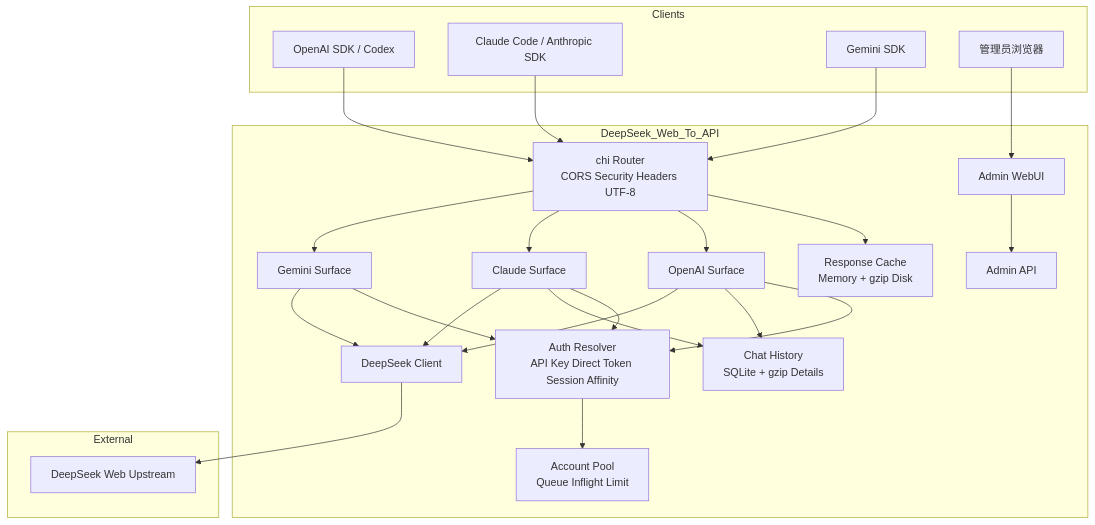
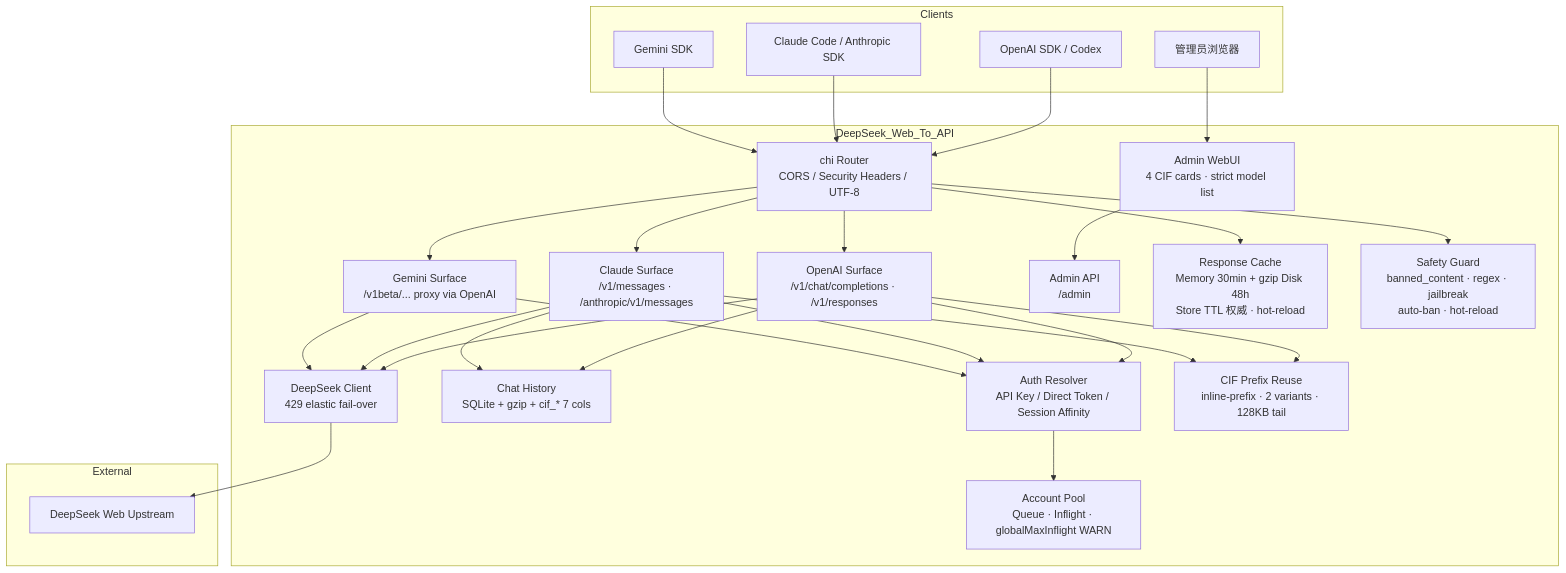
The second of 2 diagrams in docs/README.md (marklove5102/DeepSeek_Web_To_API), drawn with Mermaid before and after one commit. The commit also changed other lines of this file and 2 other files, not shown here.

First line of the commit message:
security: redact prod domain from README + docs

````diff
--- a/docs/README.md
+++ b/docs/README.md
@@ -99,44 +130,49 @@
 ```mermaid
 graph TB
 subgraph "Clients"
 OPENAI["OpenAI SDK / Codex"]
 CLAUDE["Claude Code / Anthropic SDK"]
 GEMINI["Gemini SDK"]
 ADMINUSER["管理员浏览器"]
 end
 subgraph "DeepSeek_Web_To_API"
-ROUTER["chi Router<br/>CORS Security Headers UTF-8"]
-OPENAIAPI["OpenAI Surface"]
-CLAUDEAPI["Claude Surface"]
-GEMINIAPI["Gemini Surface"]
-ADMINAPI["Admin API"]
-AUTH["Auth Resolver<br/>API Key Direct Token Session Affinity"]
-POOL["Account Pool<br/>Queue Inflight Limit"]
-CACHE["Response Cache<br/>Memory + gzip Disk"]
-HISTORY["Chat History<br/>SQLite + gzip Details"]
-DS["DeepSeek Client"]
-WEB["Admin WebUI"]
+ROUTER["chi Router<br/>CORS / Security Headers / UTF-8"]
+OPENAIAPI["OpenAI Surface<br/>/v1/chat/completions · /v1/responses"]
+CLAUDEAPI["Claude Surface<br/>/v1/messages · /anthropic/v1/messages"]
+GEMINIAPI["Gemini Surface<br/>/v1beta/... proxy via OpenAI"]
+ADMINAPI["Admin API<br/>/admin"]
+AUTH["Auth Resolver<br/>API Key / Direct Token / Session Affinity"]
+POOL["Account Pool<br/>Queue · Inflight · globalMaxInflight WARN"]
+CACHE["Response Cache<br/>Memory 30min + gzip Disk 48h<br/>Store TTL 权威 · hot-reload"]
+HISTORY["Chat History<br/>SQLite + gzip + cif_* 7 cols"]
+SAFETY["Safety Guard<br/>banned_content · regex · jailbreak<br/>auto-ban · hot-reload"]
+DS["DeepSeek Client<br/>429 elastic fail-over"]
+CIF["CIF Prefix Reuse<br/>inline-prefix · 2 variants · 128KB tail"]
+WEB["Admin WebUI<br/>4 CIF cards · strict model list"]
 end
 subgraph "External"
 UPSTREAM["DeepSeek Web Upstream"]
 end
 OPENAI --> ROUTER
 CLAUDE --> ROUTER
 GEMINI --> ROUTER
 ADMINUSER --> WEB
 WEB --> ADMINAPI
 ROUTER --> CACHE
+ROUTER --> SAFETY
 ROUTER --> OPENAIAPI
 ROUTER --> CLAUDEAPI
 ROUTER --> GEMINIAPI
 OPENAIAPI --> AUTH
 CLAUDEAPI --> AUTH
 GEMINIAPI --> AUTH
 AUTH --> POOL
 OPENAIAPI --> HISTORY
 CLAUDEAPI --> HISTORY
+OPENAIAPI --> CIF
+CLAUDEAPI --> CIF
 OPENAIAPI --> DS
 CLAUDEAPI --> DS
 GEMINIAPI --> DS
 DS --> UPSTREAM
 ```
````
